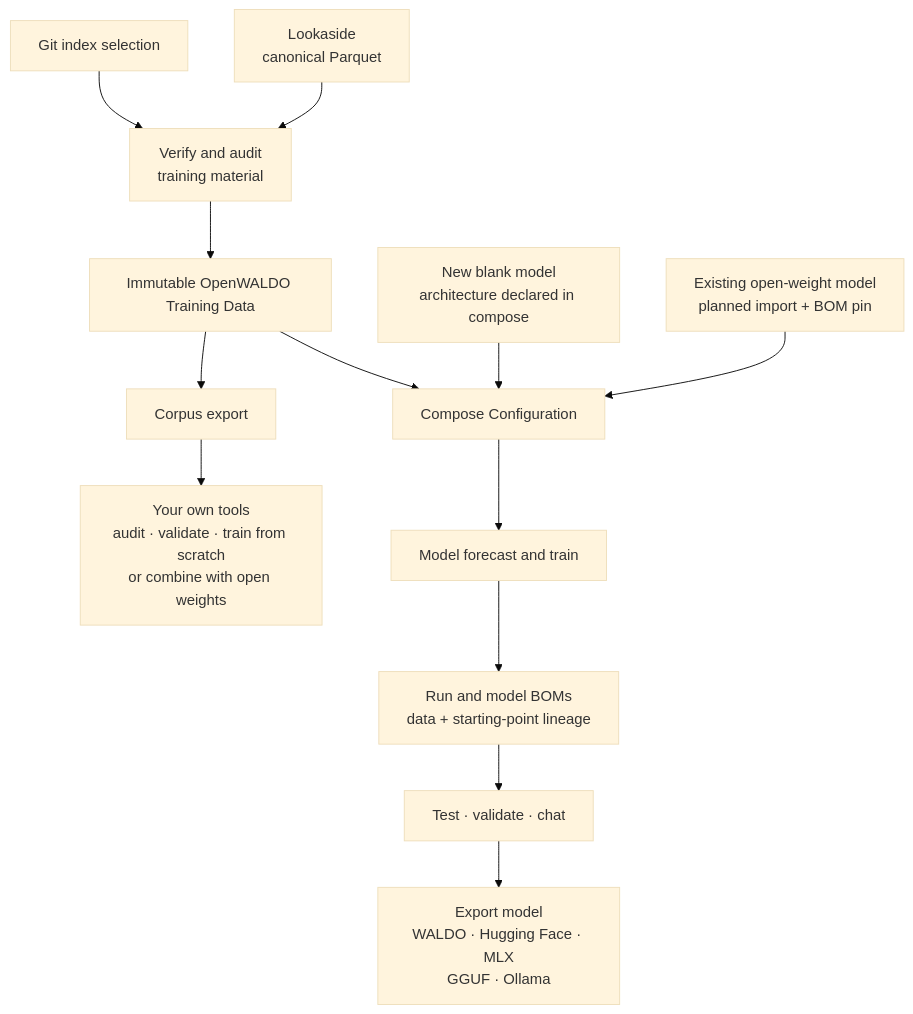
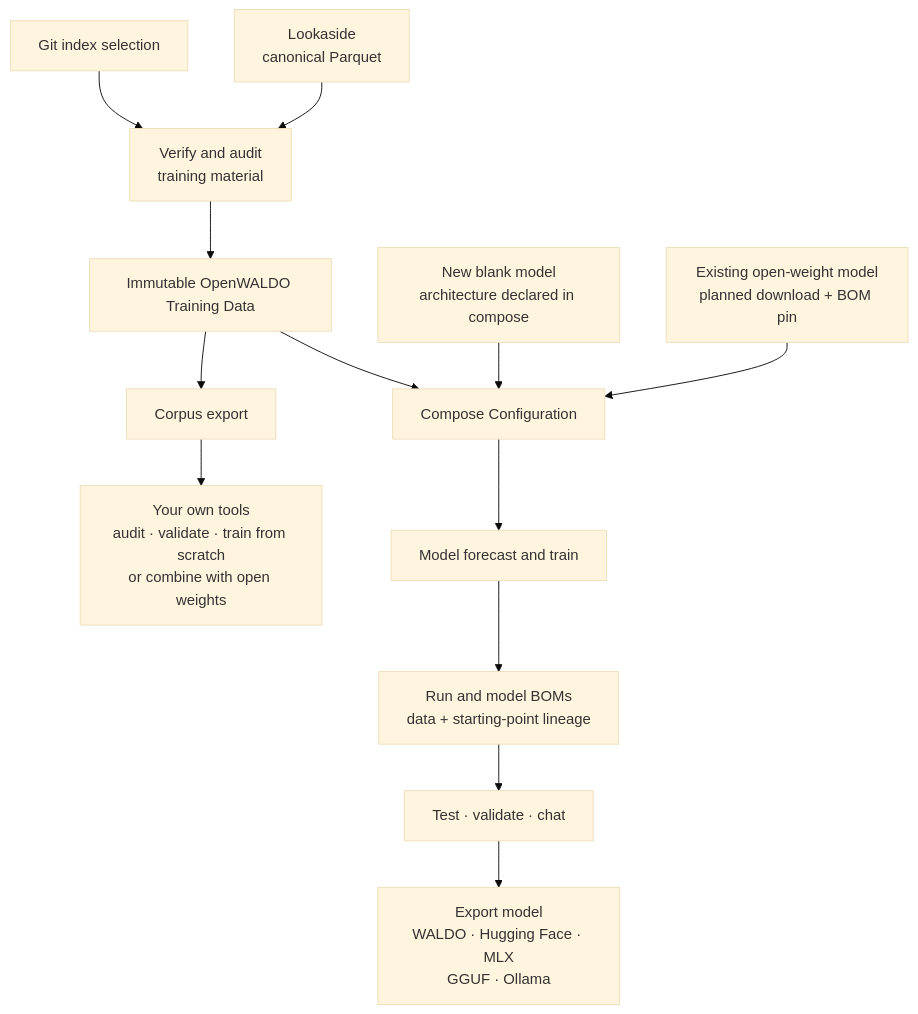
The second of 2 diagrams in README.md (mdagosta/waldo), drawn with Mermaid (base theme) before and after one commit. The commit also changed other lines of this file and 3 other files, not shown here.

Commit message:
Document open-weight model downloads

````diff
--- a/README.md
+++ b/README.md
@@ -48,16 +48,16 @@
 ```mermaid
 flowchart TB
     G["Git index selection"] --> V["Verify and audit<br/>training material"]
     L["Lookaside<br/>canonical Parquet"] --> V
     V --> B["Immutable OpenWALDO Training Data"]
     B --> C["Corpus export"]
     C --> X["Your own tools<br/>audit · validate · train from scratch<br/>or combine with open weights"]
     N["New blank model<br/>architecture declared in compose"] --> MC["Compose Configuration"]
-    O["Existing open-weight model<br/>planned import + BOM pin"] --> MC
+    O["Existing open-weight model<br/>planned download + BOM pin"] --> MC
     B --> MC
     MC --> T["Model forecast and train"]
     T --> M["Run and model BOMs<br/>data + starting-point lineage"]
     M --> Q["Test · validate · chat"]
     Q --> E["Export model<br/>WALDO · Hugging Face · MLX<br/>GGUF · Ollama"]
 
 ```
````
